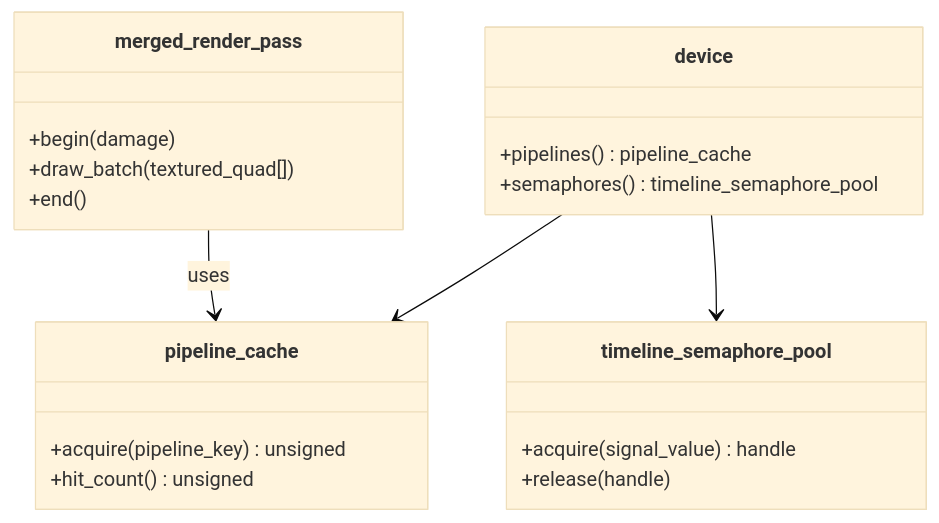
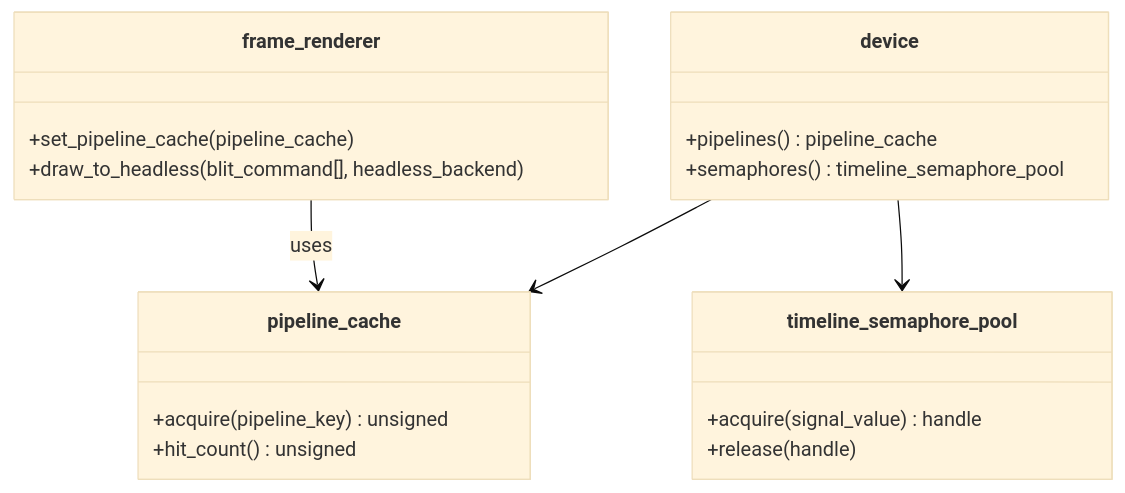
Before and after one commit to dimmus/lumen: the diagram in docs/uml/33-gpu-resource-pools.mmd, drawn with Mermaid (base theme). The commit also changed 25 other files, not shown here.

```diff
--- a/docs/uml/33-gpu-resource-pools.mmd
+++ b/docs/uml/33-gpu-resource-pools.mmd
@@ -1,21 +1,20 @@
 classDiagram
     class device {
         +pipelines() pipeline_cache
         +semaphores() timeline_semaphore_pool
     }
     class pipeline_cache {
         +acquire(pipeline_key) unsigned
         +hit_count() unsigned
     }
-    class merged_render_pass {
-        +begin(damage)
-        +draw_batch(textured_quad[])
-        +end()
+    class frame_renderer {
+        +set_pipeline_cache(pipeline_cache)
+        +draw_to_headless(blit_command[], headless_backend)
     }
     class timeline_semaphore_pool {
         +acquire(signal_value) handle
         +release(handle)
     }
     device --> pipeline_cache
     device --> timeline_semaphore_pool
-    merged_render_pass --> pipeline_cache : uses
+    frame_renderer --> pipeline_cache : uses
```
